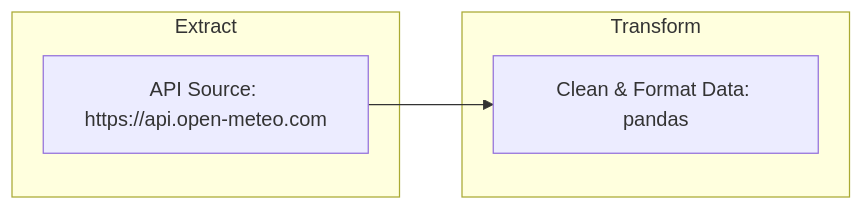
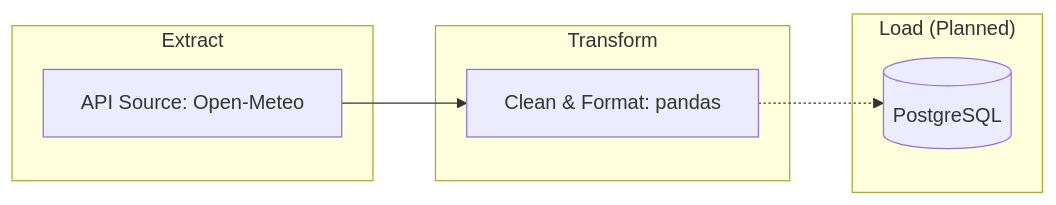
One commit to DinhNguyenNgocMinh/WeatherApp changed the diagram in README.md. Above: the diagram before and after it, drawn with Mermaid. The commit also changed other lines of this file, not shown here.

````diff
--- a/README.md
+++ b/README.md
@@ -9,12 +14,14 @@
 ```mermaid
 flowchart LR
     subgraph Extract
-        A[API Source: https://api.open-meteo.com]
+        A["API Source: Open-Meteo"]
     end
     subgraph Transform
-        B[Clean & Format Data: pandas]
+        B["Clean & Format: pandas"]
     end
-    A --> B
+    subgraph Load ["Load (Planned)"]
+        C[("PostgreSQL")]
+    end
 
-
+    A --> B -.-> C
 ```
````
